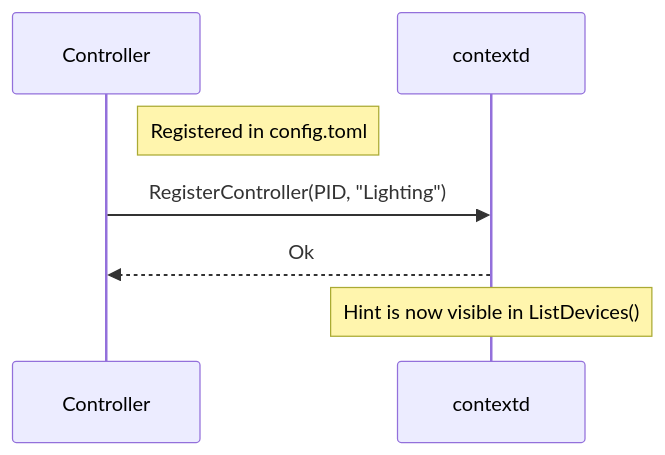
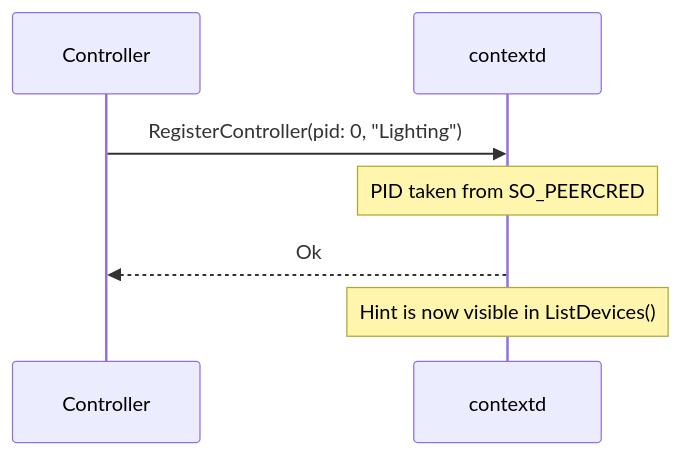
One commit to shanefagan/contextd changed the fourth of 4 diagrams in docs/architecture.md. Above: the diagram before and after it, drawn with Mermaid. The commit also changed other lines of this file and 68 other files, not shown here.

````diff
--- a/docs/architecture.md
+++ b/docs/architecture.md
@@ -92,9 +101,9 @@
 ```mermaid
 sequenceDiagram
     participant Controller
     participant contextd
-    Note right of Controller: Registered in config.toml
-    Controller->>contextd: RegisterController(PID, "Lighting")
+    Controller->>contextd: RegisterController(pid: 0, "Lighting")
+    Note over contextd: PID taken from SO_PEERCRED
     contextd-->>Controller: Ok
     Note over contextd: Hint is now visible in ListDevices()
 ```
````
